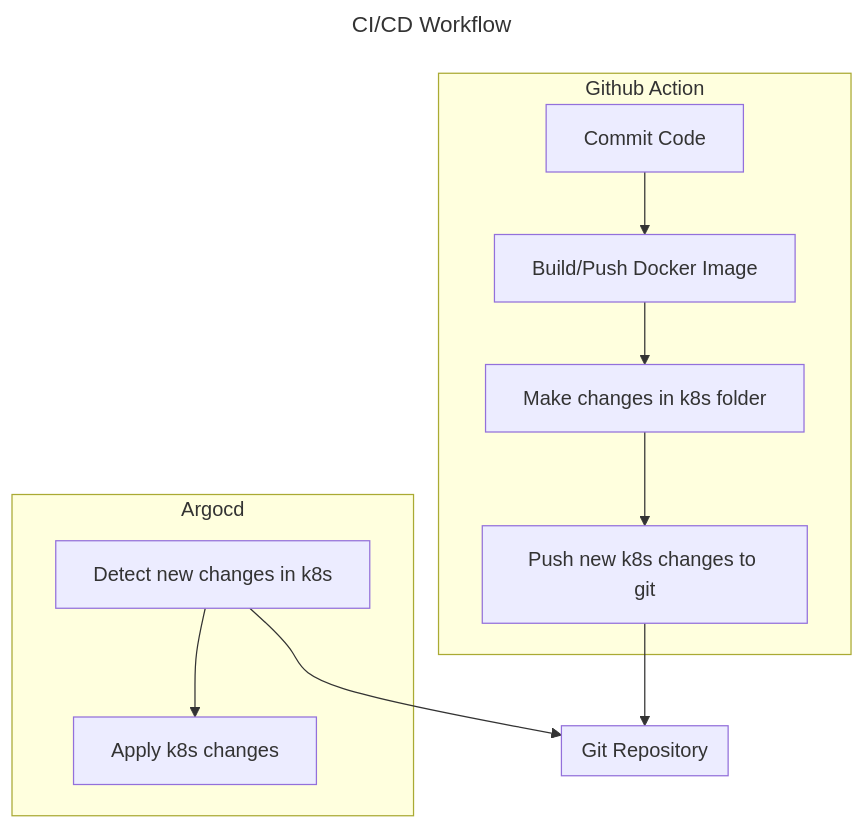
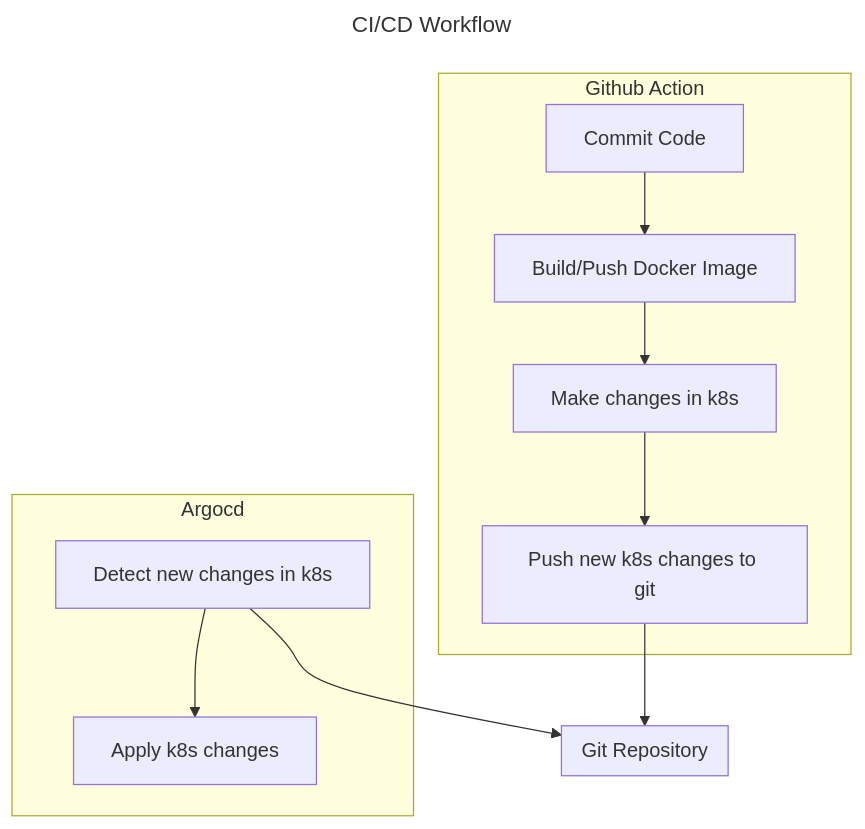
One commit to heyhuy/CI_CD-Project changed the diagram in README.md. Above: the diagram before and after it, drawn with Mermaid.

````diff
--- a/README.md
+++ b/README.md
@@ -5,23 +5,23 @@
 ```mermaid
 ---
 title: CI/CD Workflow
 ---
 flowchart TB
     subgraph github-action[Github Action]
       commit-code[Commit Code] -->
       build-push-docker-image[Build/Push Docker Image] -->
-      make-changes-in-k8s[Make changes in k8s folder] -->
+      make-changes-in-k8s[Make changes in k8s] -->
       push-new-k8s-change-to-git[Push new k8s changes to git]
     end
 
     subgraph git-repo[Git Repository]
     end
 
     subgraph argocd[Argocd]
       detect-new-changes-in-k8s[Detect new changes in k8s ] -->
       apply-k8s-changes[Apply k8s changes]
     end
 
     push-new-k8s-change-to-git --> git-repo
     detect-new-changes-in-k8s --> git-repo
 ```
````
